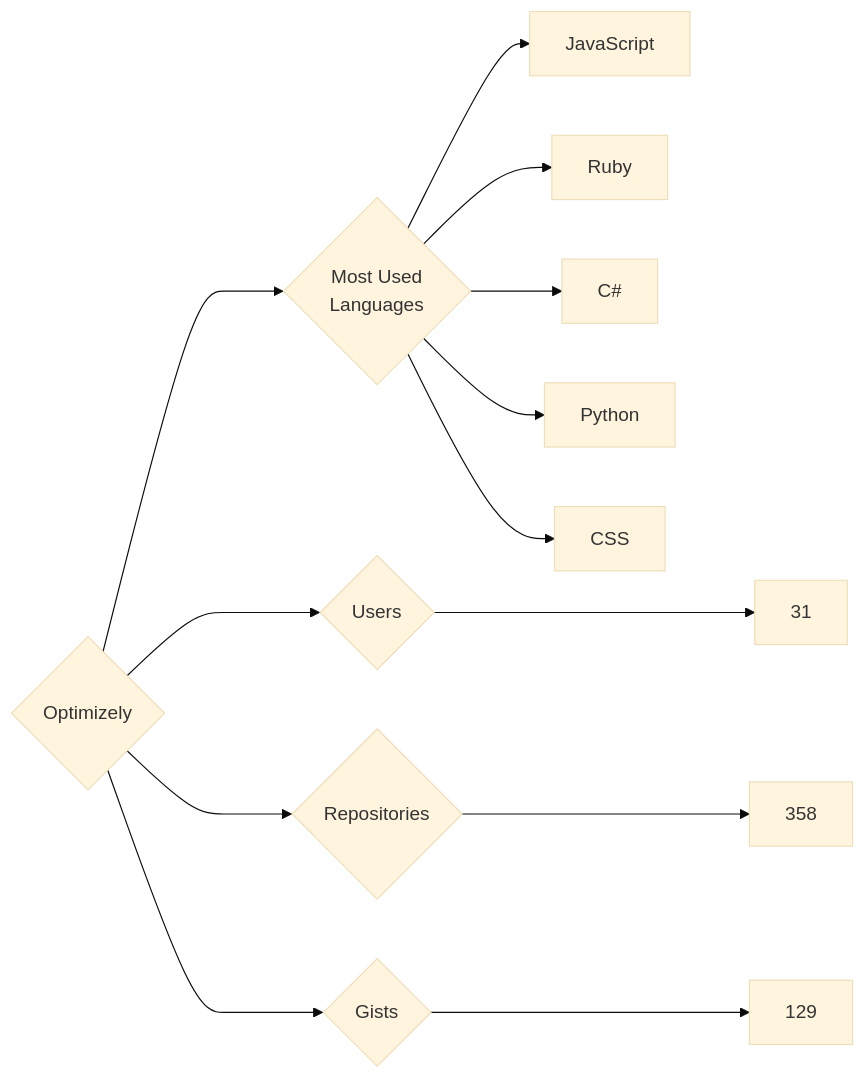
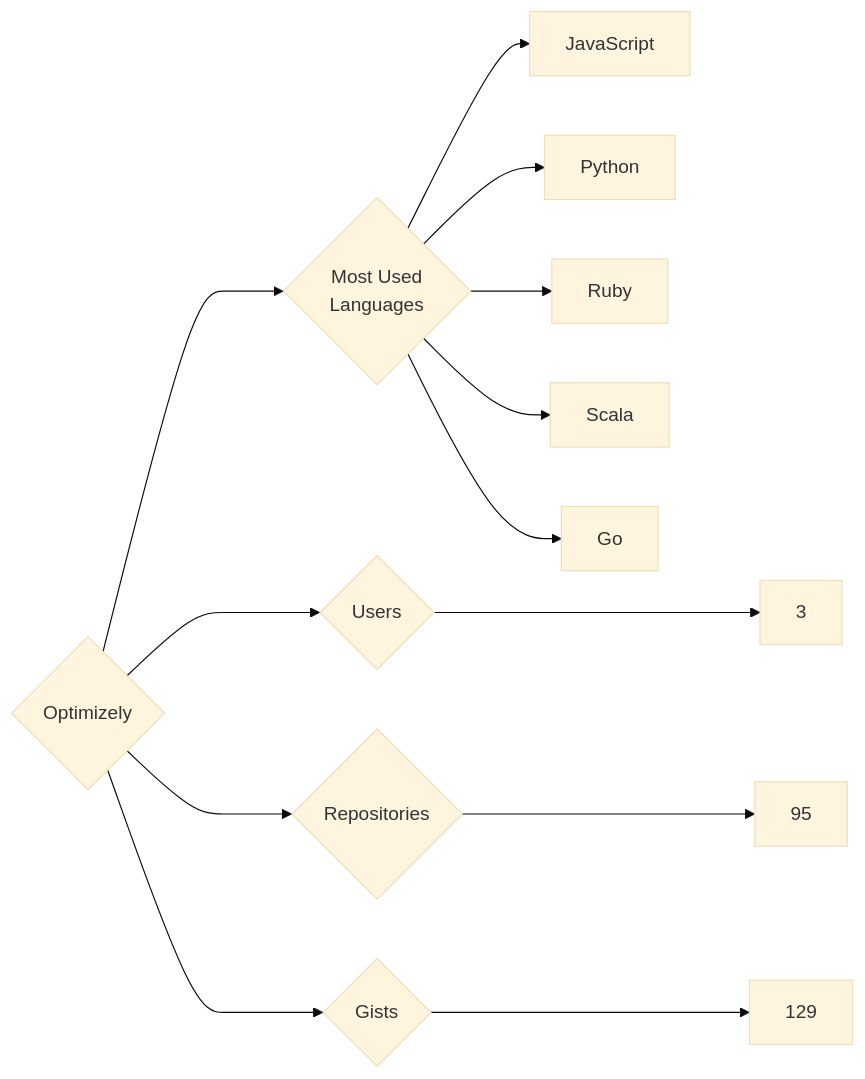
One commit to trickest/insiders changed the diagram in targets/Optimizely/README.md. Above: the diagram before and after it, drawn with Mermaid (base theme). The commit also changed 725 other files, not shown here.

````diff
--- a/targets/Optimizely/README.md
+++ b/targets/Optimizely/README.md
@@ -3,13 +3,13 @@
 ```mermaid
 graph LR
 COMPANY_NAME{Optimizely}
-COMPANY_NAME ---> U{Users} ---> UN[31]
-COMPANY_NAME ---> R{Repositories} ---> RN[358]
+COMPANY_NAME ---> U{Users} ---> UN[3]
+COMPANY_NAME ---> R{Repositories} ---> RN[95]
 COMPANY_NAME ---> G{Gists} ---> GN[129]
 COMPANY_NAME ---> ML{Most Used<br>Languages}
 ML --> JavaScript[JavaScript]
+ML --> Python[Python]
 ML --> Ruby[Ruby]
-ML --> C#[C#]
-ML --> Python[Python]
-ML --> CSS[CSS]
+ML --> Scala[Scala]
+ML --> Go[Go]
 ```
````
